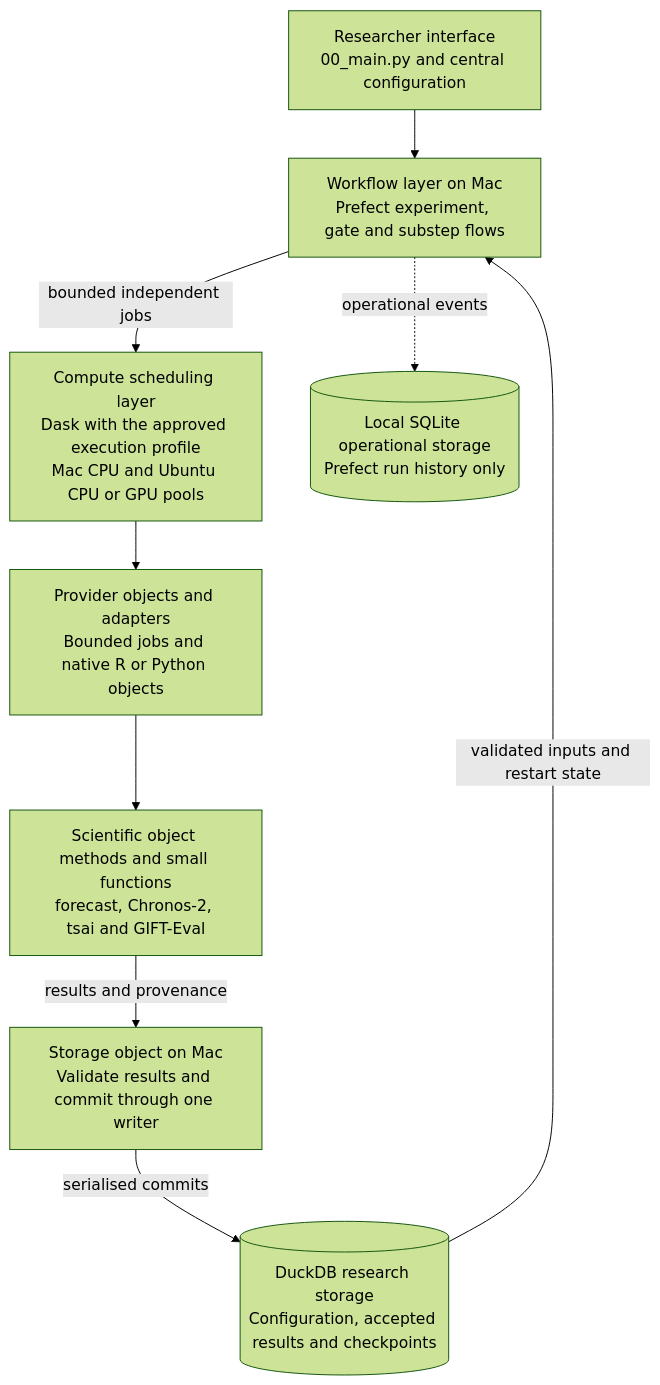
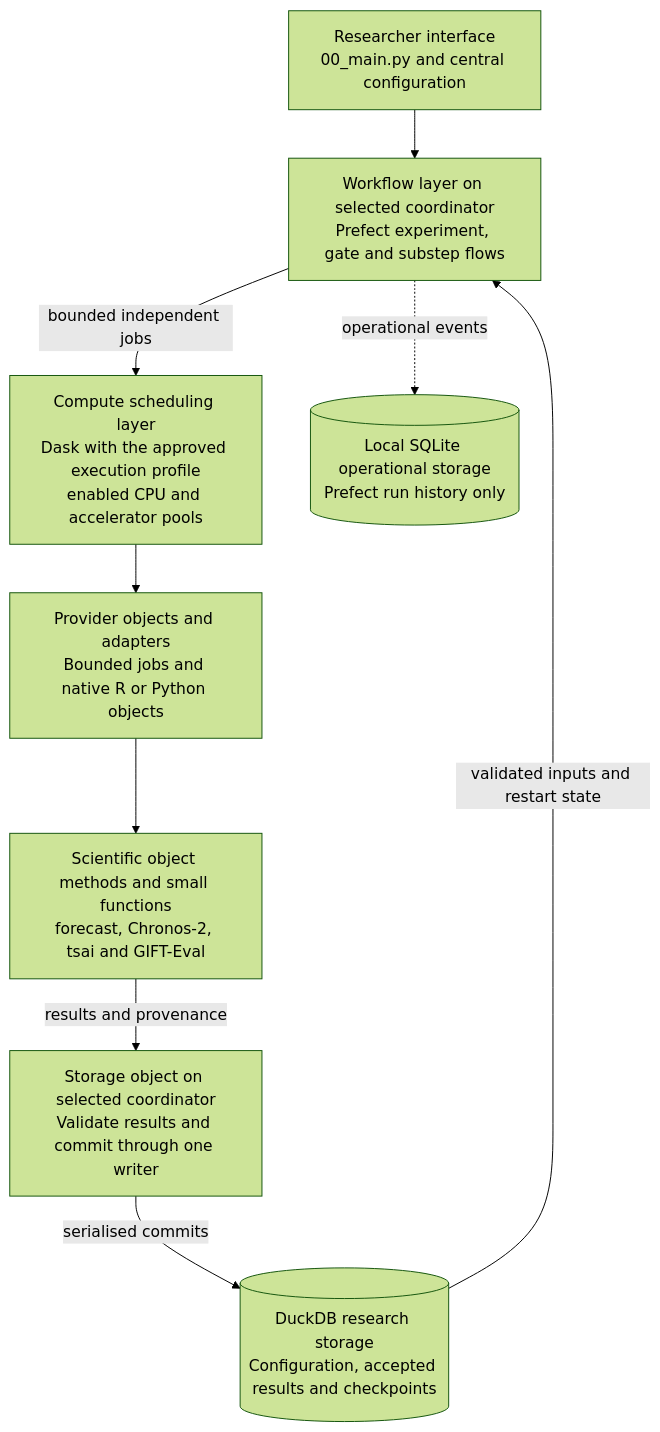
The diagram in docs/poc2-workflow-orchestration-decision.md (rafmontano/shape_fm_poc), drawn with Mermaid (forest theme) before and after one commit. The commit also changed other lines of this file and 23 other files, not shown here.

````diff
--- a/docs/poc2-workflow-orchestration-decision.md
+++ b/docs/poc2-workflow-orchestration-decision.md
@@ -73,20 +73,20 @@
 ```mermaid
 flowchart TB
     entry["Researcher interface<br/>00_main.py and central configuration"]
-    workflow["Workflow layer on Mac<br/>Prefect experiment, gate and substep flows"]
-    dispatch["Compute scheduling layer<br/>Dask with the approved execution profile<br/>Mac CPU and Ubuntu CPU or GPU pools"]
+    workflow["Workflow layer on selected coordinator<br/>Prefect experiment, gate and substep flows"]
+    dispatch["Compute scheduling layer<br/>Dask with the approved execution profile<br/>enabled CPU and accelerator pools"]
     adapters["Provider objects and adapters<br/>Bounded jobs and native R or Python objects"]
     science["Scientific object methods and small functions<br/>forecast, Chronos-2, tsai and GIFT-Eval"]
-    writer["Storage object on Mac<br/>Validate results and commit through one writer"]
+    writer["Storage object on selected coordinator<br/>Validate results and commit through one writer"]
     research[("DuckDB research storage<br/>Configuration, accepted results and checkpoints")]
     history[("Local SQLite operational storage<br/>Prefect run history only")]
 
     entry --> workflow
     workflow -->|bounded independent jobs| dispatch
     dispatch --> adapters
     adapters --> science
     science -->|results and provenance| writer
     writer -->|serialised commits| research
     research -->|validated inputs and restart state| workflow
     workflow -.->|operational events| history
 ```
````
